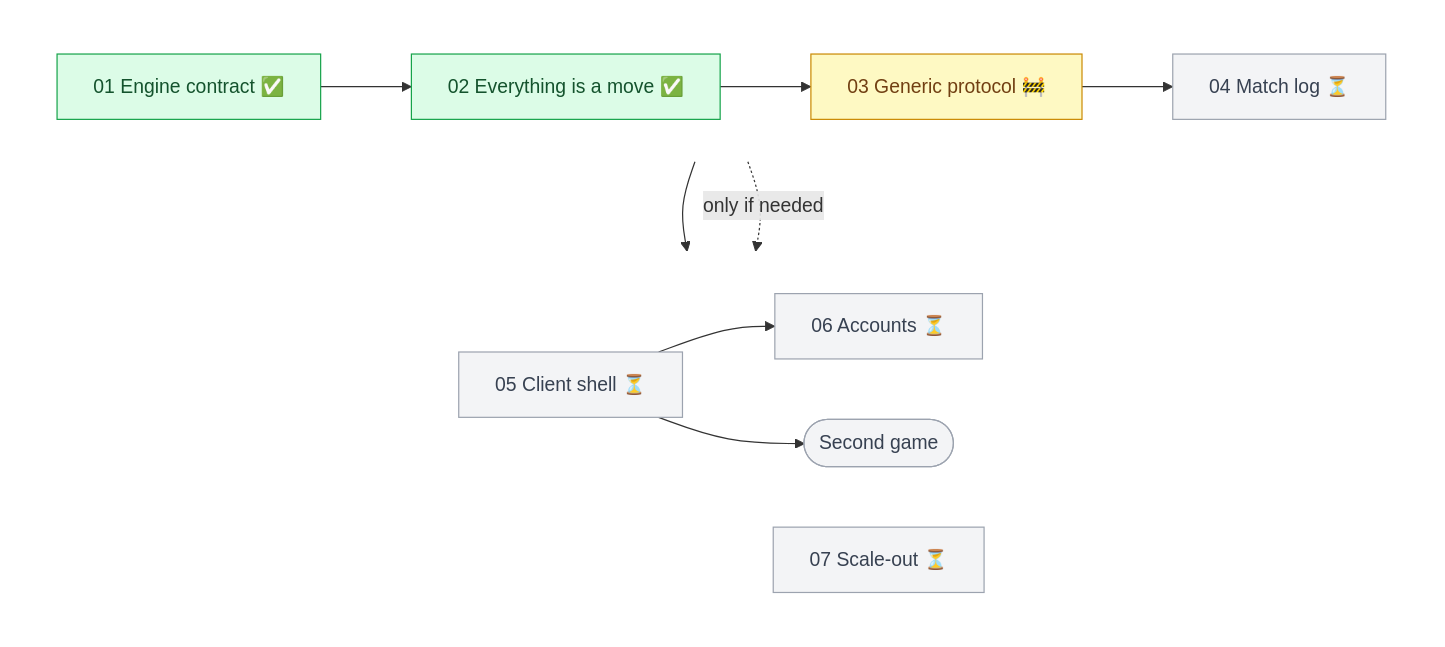
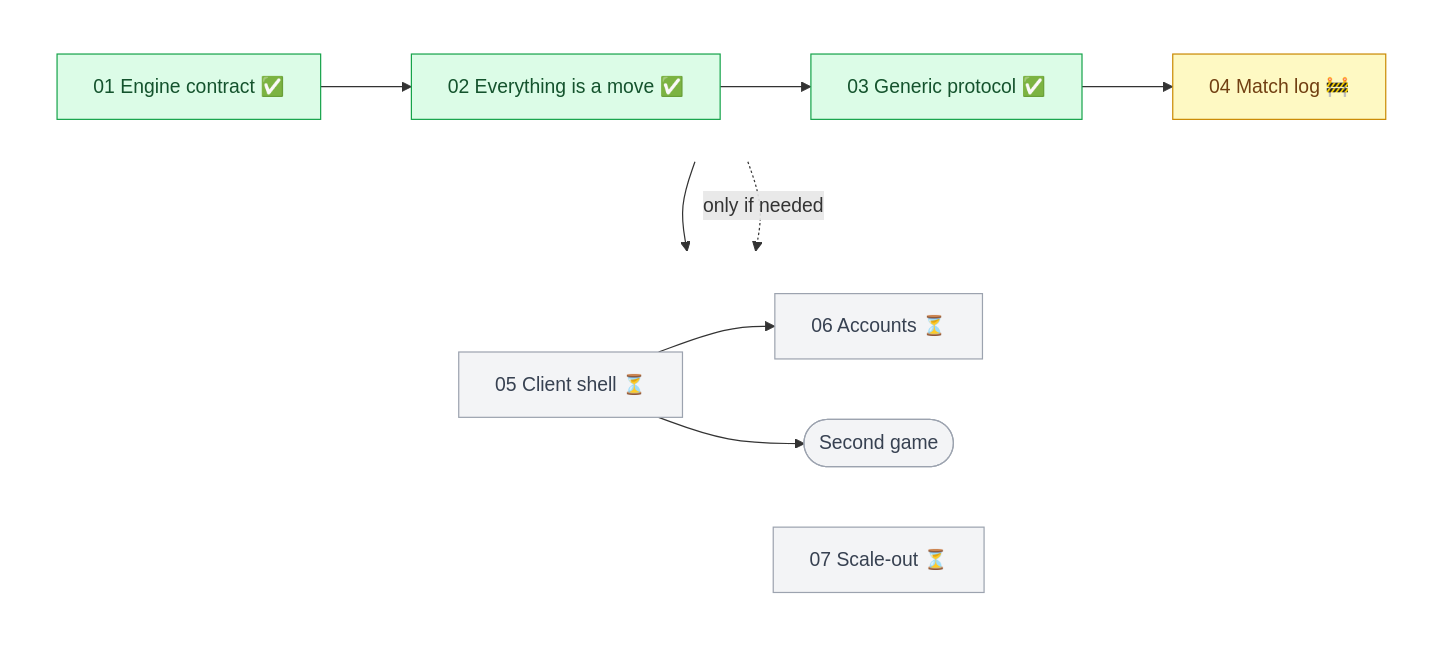
Before and after one commit to thawmisntme4081/boardgame: the second of 2 diagrams in docs/PLAN.md, drawn with Mermaid. The commit also changed other lines of this file and 38 other files, not shown here.

````diff
--- a/docs/PLAN.md
+++ b/docs/PLAN.md
@@ -55,25 +55,25 @@
 ```mermaid
 flowchart TB
   subgraph R1[" "]
     direction LR
     P1[01 Engine contract ✅] --> P2[02 Everything is a move ✅]
-    P2 --> P3[03 Generic protocol 🚧]
-    P3 --> P4[04 Match log ⏳]
+    P2 --> P3[03 Generic protocol ✅]
+    P3 --> P4[04 Match log 🚧]
   end
   subgraph R2[" "]
     direction LR
     P5[05 Client shell ⏳] --> P6[06 Accounts ⏳]
     P5 --> G2([Second game])
     P7[07 Scale-out ⏳]
   end
   P4 --> P5
   P4 -.->|only if needed| P7
   style R1 fill:none,stroke:none
   style R2 fill:none,stroke:none
   classDef done fill:#dcfce7,stroke:#16a34a,color:#14532d
   classDef doing fill:#fef9c3,stroke:#ca8a04,color:#713f12
   classDef todo fill:#f3f4f6,stroke:#9ca3af,color:#374151
-  class P1,P2 done
-  class P3 doing
-  class P4,P5,P6,P7,G2 todo
+  class P1,P2,P3 done
+  class P4 doing
+  class P5,P6,P7,G2 todo
 ```
````
